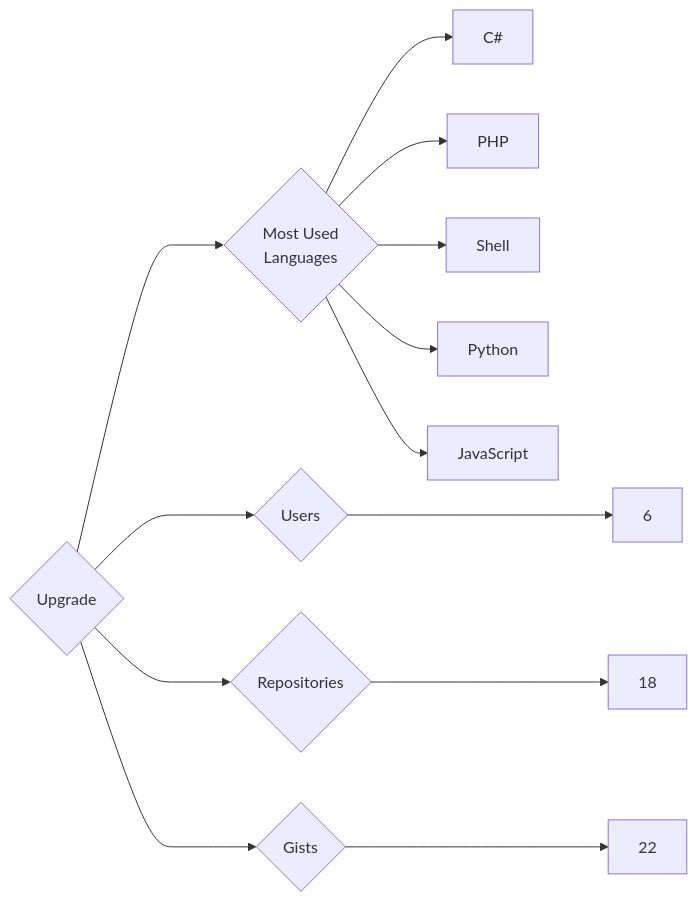
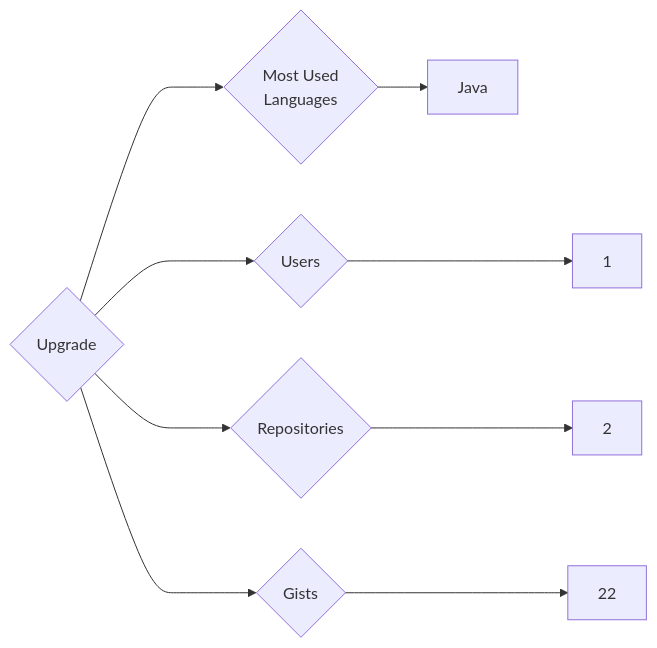
One commit to trickest/insiders changed the diagram in targets/Upgrade/README.md. Above: the diagram before and after it, drawn with Mermaid. The commit also changed 940 other files, not shown here.

````diff
--- a/targets/Upgrade/README.md
+++ b/targets/Upgrade/README.md
@@ -3,13 +3,9 @@
 ```mermaid
 graph LR
 COMPANY_NAME{Upgrade}
-COMPANY_NAME ---> U{Users} ---> UN[6]
-COMPANY_NAME ---> R{Repositories} ---> RN[18]
+COMPANY_NAME ---> U{Users} ---> UN[1]
+COMPANY_NAME ---> R{Repositories} ---> RN[2]
 COMPANY_NAME ---> G{Gists} ---> GN[22]
 COMPANY_NAME ---> ML{Most Used<br>Languages}
-ML --> C#[C#]
-ML --> PHP[PHP]
-ML --> Shell[Shell]
-ML --> Python[Python]
-ML --> JavaScript[JavaScript]
+ML --> Java[Java]
 ```
````
